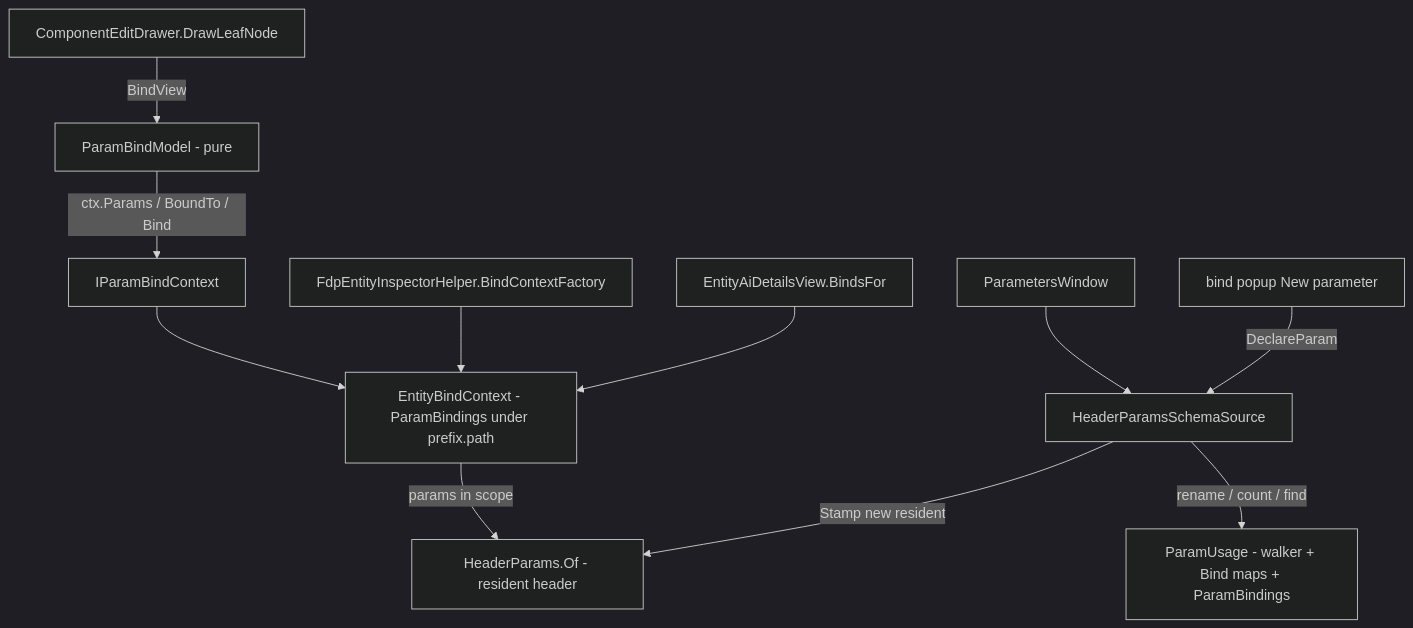
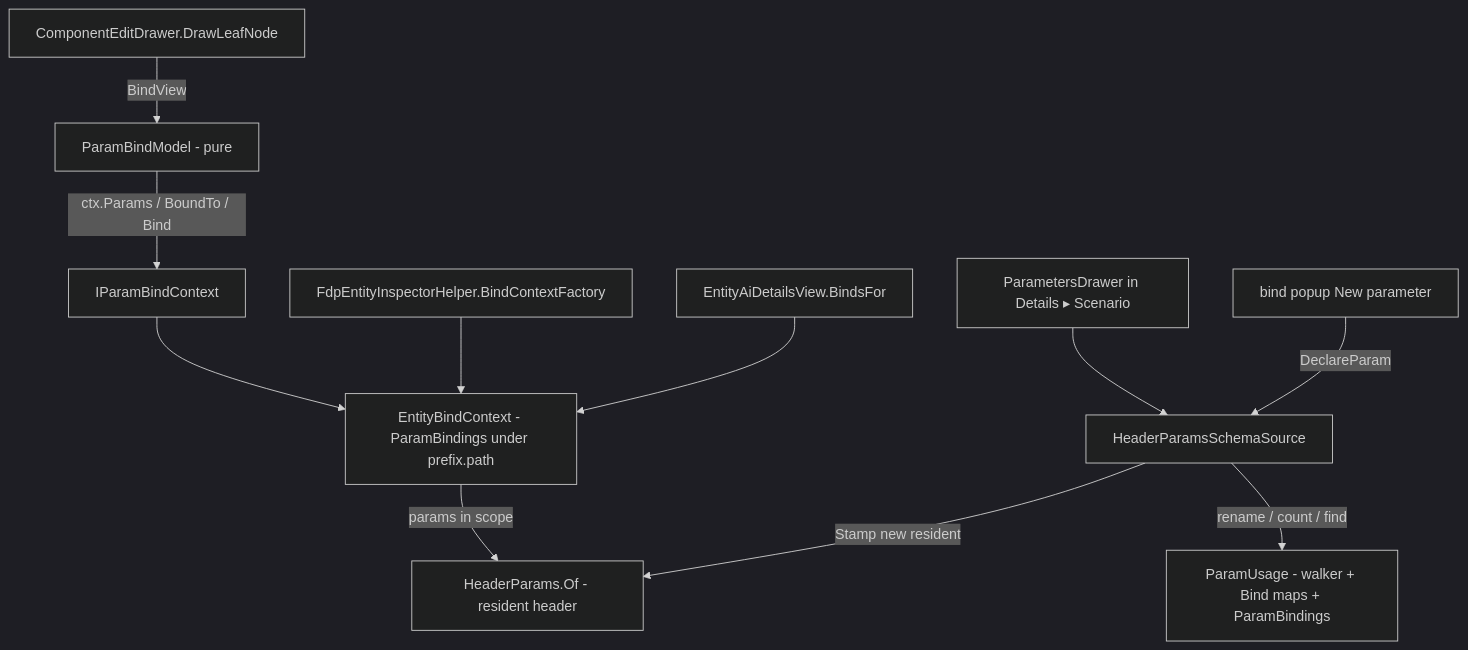
The fourth of 8 diagrams in docs/DESIGN_Macro_Authoring_Editor.md (pjanec/HROT), drawn with Mermaid (dark theme) before and after one commit. The commit also changed other lines of this file and 13 other files, not shown here.

First line of the commit message:
CE-4255 + CE-4253: one File > New submenu; no Scenario main menu, Parameters in Details > Scenario

````diff
--- a/docs/DESIGN_Macro_Authoring_Editor.md
+++ b/docs/DESIGN_Macro_Authoring_Editor.md
@@ -180,13 +180,13 @@
 ```mermaid
 graph TD
   D[ComponentEditDrawer.DrawLeafNode] -->|BindView| M[ParamBindModel - pure]
   M -->|ctx.Params / BoundTo / Bind| C[IParamBindContext]
   C --> E[EntityBindContext - ParamBindings under prefix.path]
   H1[FdpEntityInspectorHelper.BindContextFactory] --> E
   H2[EntityAiDetailsView.BindsFor] --> E
   E -->|params in scope| P[HeaderParams.Of - resident header]
   S[HeaderParamsSchemaSource] -->|Stamp new resident| P
   S -->|rename / count / find| U[ParamUsage - walker + Bind maps + ParamBindings]
-  W[ParametersWindow] --> S
+  W[ParametersDrawer in Details ▸ Scenario] --> S
   POP[bind popup New parameter] -->|DeclareParam| S
 ```
````
